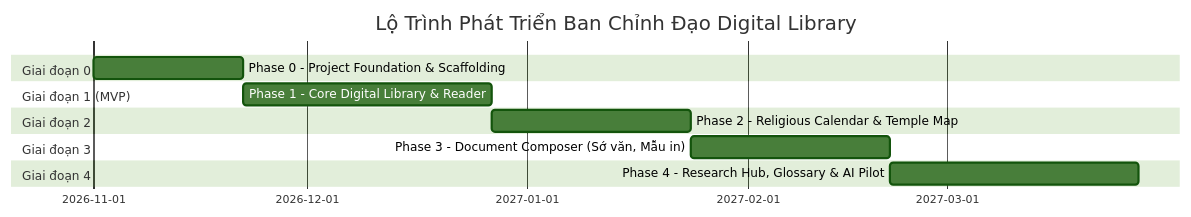
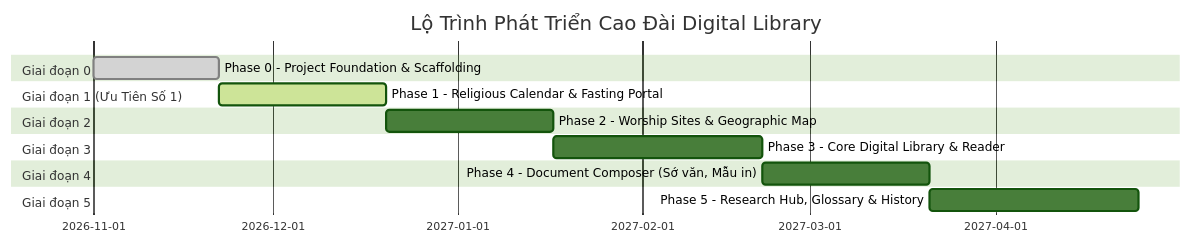
The diagram in docs/06-planning/DEVELOPMENT_ROADMAP.md (DG-Kit/CaoDai-BCD), drawn with Mermaid (forest theme) before and after one commit. The commit also changed other lines of this file and 2 other files, not shown here.

Commit message:
docs(plan): create detailed implementation plan for Phase 1 Religious Calendar

````diff
--- a/docs/06-planning/DEVELOPMENT_ROADMAP.md
+++ b/docs/06-planning/DEVELOPMENT_ROADMAP.md
@@ -14,15 +14,17 @@
 ```mermaid
 gantt
-    title Lộ Trình Phát Triển Ban Chỉnh Đạo Digital Library
+    title Lộ Trình Phát Triển Cao Đài Digital Library
     dateFormat  YYYY-MM
     section Giai đoạn 0
-    Phase 0 - Project Foundation & Scaffolding     :p0, 2026-11, 3w
-    section Giai đoạn 1 (MVP)
-    Phase 1 - Core Digital Library & Reader        :p1, after p0, 5w
+    Phase 0 - Project Foundation & Scaffolding     :done, p0, 2026-11, 3w
+    section Giai đoạn 1 (Ưu Tiên Số 1)
+    Phase 1 - Religious Calendar & Fasting Portal  :active, p1, after p0, 4w
     section Giai đoạn 2
-    Phase 2 - Religious Calendar & Temple Map     :p2, after p1, 4w
+    Phase 2 - Worship Sites & Geographic Map      :p2, after p1, 4w
     section Giai đoạn 3
-    Phase 3 - Document Composer (Sớ văn, Mẫu in)  :p3, after p2, 4w
+    Phase 3 - Core Digital Library & Reader       :p3, after p2, 5w
     section Giai đoạn 4
-    Phase 4 - Research Hub, Glossary & AI Pilot   :p4, after p3, 5w
+    Phase 4 - Document Composer (Sớ văn, Mẫu in)  :p4, after p3, 4w
+    section Giai đoạn 5
+    Phase 5 - Research Hub, Glossary & History    :p5, after p4, 5w
 ```
````
